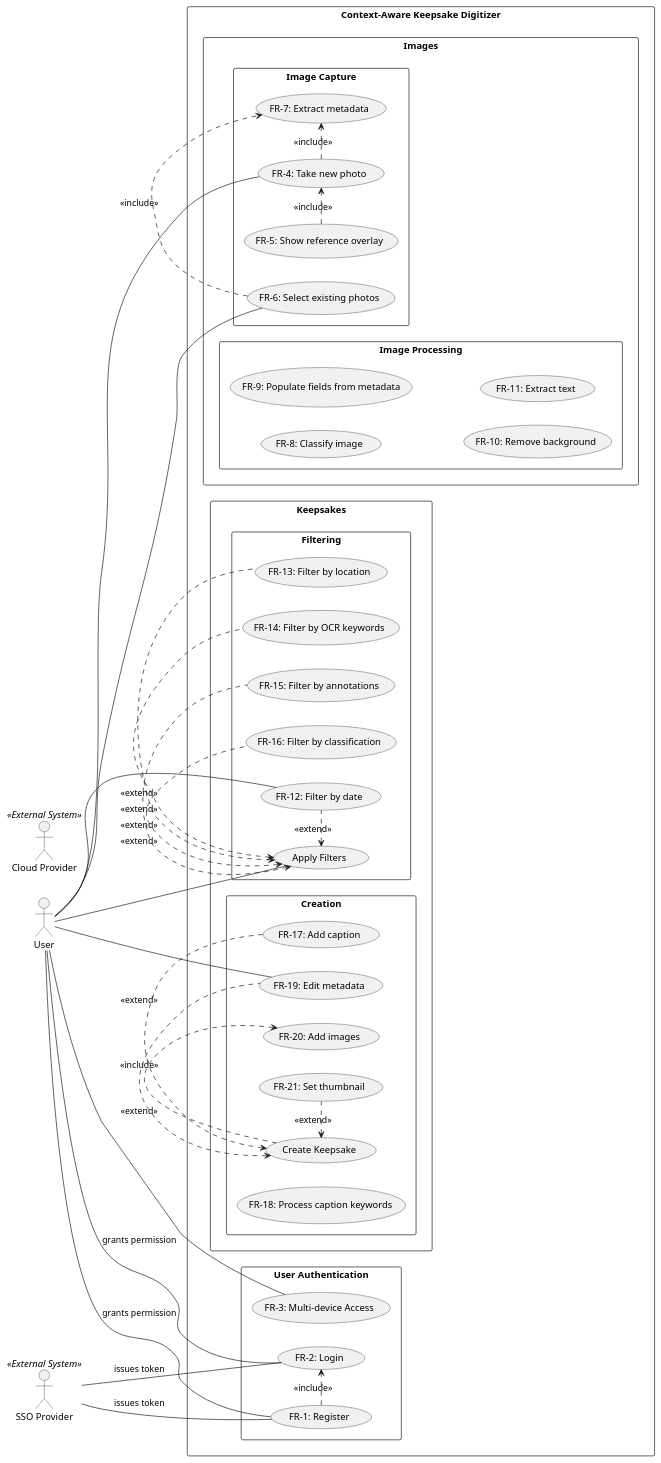
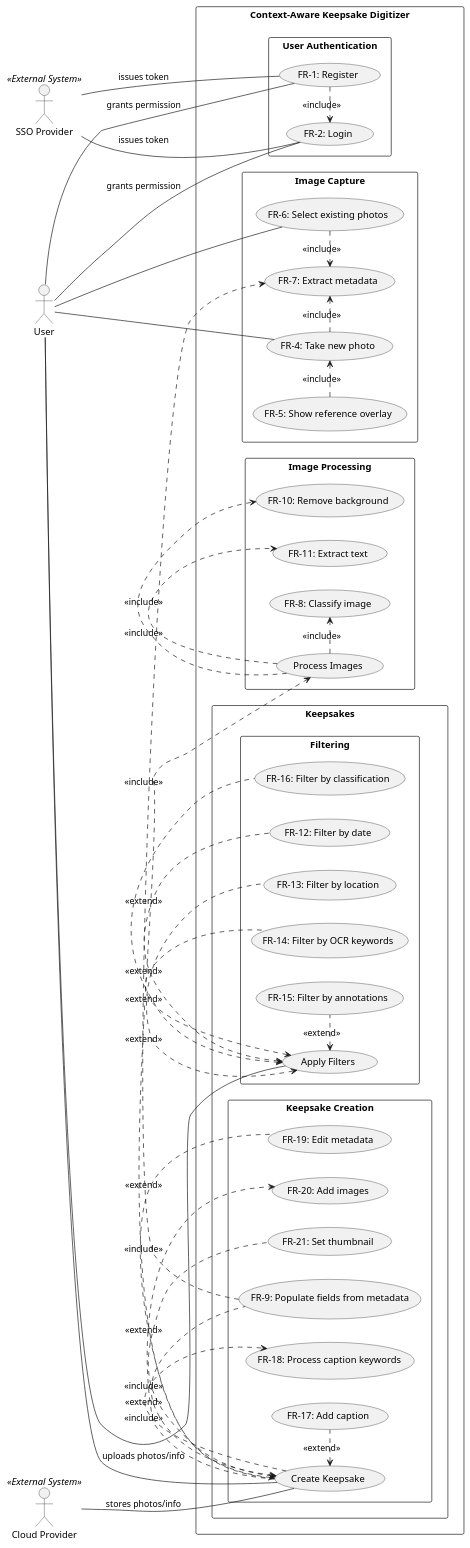
One commit to owencooke/memento changed the diagram in docs/use-case.wsd. Above: the diagram before and after it, drawn with PlantUML.

Commit message:
image processing use cases

```diff
--- a/docs/use-case.wsd
+++ b/docs/use-case.wsd
@@ -4,161 +4,167 @@
 @startuml Use Case
 left to right direction
 skinparam packageStyle rectangle
 
 ' Actors
 actor User
 actor "Cloud Provider" as Cloud << External System >>
 actor "SSO Provider" as SSO << External System >>
 
 ' Packages/Use Cases
 rectangle "Context-Aware Keepsake Digitizer" {
 
-  package "User Authentication" {
-    usecase "FR-1: Register" as FR1
-    usecase "FR-2: Login" as FR2
-    usecase "FR-3: Multi-device Access" as FR3
-  }
+    package "User Authentication" {
+        usecase "FR-1: Register" as FR1
+        usecase "FR-2: Login" as FR2
+    }
 
-  package "Images" {
     package "Image Capture" {
-      usecase "FR-4: Take new photo" as FR4
-      usecase "FR-5: Show reference overlay" as FR5
-      usecase "FR-6: Select existing photos" as FR6
-      usecase "FR-7: Extract metadata" as FR7
+        usecase "FR-4: Take new photo" as FR4
+        usecase "FR-5: Show reference overlay" as FR5
+        usecase "FR-6: Select existing photos" as FR6
+        usecase "FR-7: Extract metadata" as FR7
     }
+
     package "Image Processing" {
-      usecase "FR-8: Classify image" as FR8
-      usecase "FR-9: Populate fields from metadata" as FR9
-      usecase "FR-10: Remove background" as FR10
-      usecase "FR-11: Extract text" as FR11
+        usecase "Process Images"
+        usecase "FR-8: Classify image" as FR8
+        usecase "FR-10: Remove background" as FR10
+        usecase "FR-11: Extract text" as FR11
     }
-  }
-
-  package "Keepsakes" {
-    package "Filtering" {
-      usecase "Apply Filters" as Filter  
-      usecase "FR-12: Filter by date" as FR12
-      usecase "FR-13: Filter by location" as FR13
-      usecase "FR-14: Filter by OCR keywords" as FR14
-      usecase "FR-15: Filter by annotations" as FR15
-      usecase "FR-16: Filter by classification" as FR16
-    }
-    package "Creation" {
-      usecase "Create Keepsake" 
-      usecase "FR-17: Add caption" as FR17
-      usecase "FR-18: Process caption keywords" as FR18
-      usecase "FR-19: Edit metadata" as FR19
-      usecase "FR-20: Add images" as FR20
-      usecase "FR-21: Set thumbnail" as FR21
-    }
+ 
+    package "Keepsakes" {
+        package "Filtering" {
+            usecase "Apply Filters" as Filter  
+            usecase "FR-12: Filter by date" as FR12
+            usecase "FR-13: Filter by location" as FR13
+            usecase "FR-14: Filter by OCR keywords" as FR14
+            usecase "FR-15: Filter by annotations" as FR15
+            usecase "FR-16: Filter by classification" as FR16
+        }
+        package "Keepsake Creation" {
+            usecase "Create Keepsake" 
+            usecase "FR-9: Populate fields from metadata" as FR9
+            usecase "FR-17: Add caption" as FR17
+            usecase "FR-18: Process caption keywords" as FR18
+            usecase "FR-19: Edit metadata" as FR19
+            usecase "FR-20: Add images" as FR20
+            usecase "FR-21: Set thumbnail" as FR21
+        }
     ' package "Bulk Creation" {
     '   usecase "FR-22: Group images into keepsakes" as FR22
     '   usecase "FR-23: Set captions and metadata" as FR23
     '   usecase "FR-24: Add to collection" as FR24
     ' }
     ' package "Viewing" {
     '   usecase "FR-25: View title" as FR25
     '   usecase "FR-26: View description" as FR26
     '   usecase "FR-27: View metadata" as FR27
     '   usecase "FR-28: View photos in carousel" as FR28
     ' }
     ' package "Editing" {
     '   usecase "FR-29: Modify title" as FR29
     '   usecase "FR-30: Modify description" as FR30
     '   usecase "FR-31: Modify images" as FR31
     '   usecase "FR-32: Change thumbnail" as FR32
     '   usecase "FR-33: Modify metadata" as FR33
     ' }
     ' package "Deletion" {
     '   usecase "FR-34: Delete keepsake" as FR34
     ' }
   }
 
   '   package "Collections" {
   '     package "Manual Creation" {
   '       usecase "FR-35: Create new collection" as FR35
   '       usecase "FR-36: Require title" as FR36
   '       usecase "FR-37: Add caption" as FR37
   '     }
   '     package "Automated Creation" {
   '       usecase "FR-38: Recommend collections" as FR38
   '       usecase "FR-39: Notify recommendations" as FR39
   '       usecase "FR-40: Accept/reject recommendations" as FR40
   '     }
   '     package "Editing" {
   '       usecase "FR-41: Add keepsakes" as FR41
   '       usecase "FR-42: Remove keepsakes" as FR42
   '       usecase "FR-43: Modify title" as FR43
   '       usecase "FR-44: Modify caption" as FR44
   '       usecase "FR-45: Modify metadata" as FR45
   '     }
   '     package "Deletion" {
   '       usecase "FR-46: Delete collection" as FR46
   '     }
   '     package "Metadata Management" {
   '       usecase "FR-47: Auto-derive date" as FR47
   '       usecase "FR-48: Auto-derive location" as FR48
   '       usecase "FR-49: Modify location" as FR49
   '       usecase "FR-50: Modify time/date" as FR50
   '       usecase "FR-51: Modify metadata" as FR51
   '     }
   '   }
 
   '   package "Visualization" {
   '     package "Map Features" {
   '       usecase "FR-52: Show collections on map" as FR52
   '       usecase "FR-53: Click markers to view" as FR53
   '     }
   '     package "Content Generation" {
   '       usecase "FR-54: Generate collages" as FR54
   '     }
   '   }
 
   '   package "Integrations" {
   '     package "Sharing" {
   '       usecase "FR-55: Share keepsakes" as FR55
   '       usecase "FR-56: Share collages" as FR56
   '     }
   '     package "Notifications" {
   '       usecase "FR-57: Special day reminders" as FR57
   '     }
   '   }
 }
 
 ' User interactions
 User -- (FR1) : grants permission
 User -- (FR2) : grants permission 
-User -- (FR3)
 User -- (FR4)
 User -- (FR6)
 User -- (Filter)
-User -- (FR12)
-User -- (FR19)
+User -- (Create Keepsake) : uploads photos/info
 
 ' SSO interactions
 SSO -- (FR1) : issues token
 SSO -- (FR2) : issues token
 (FR1) .> (FR2) : <<include>>
 
 ' Cloud interactions
+Cloud -- (Create Keepsake) : stores photos/info
 
 ' Image Capture
 (FR5) .> (FR4) : <<include>>
 (FR4) .> (FR7) : <<include>>
 (FR6) .> (FR7) : <<include>>
 
-' Filters
+' Image Processing
+(Process Images) .> (FR8) : <<include>>
+(Process Images) .> (FR10) : <<include>>
+(Process Images) .> (FR11) : <<include>>
+
+' Keepsake Filters
 (Filter) <. (FR12) : <<extend>>
 (Filter) <. (FR13) : <<extend>>
 (Filter) <. (FR14) : <<extend>>
 (Filter) <. (FR15) : <<extend>>
 (Filter) <. (FR16) : <<extend>>
 
 ' Create Keepsake
 (Create Keepsake) <. (FR17) : <<extend>>
-' (Create Keepsake) <. (FR18) : <<extend>>
 (Create Keepsake) <. (FR19) : <<extend>>
 (Create Keepsake) .> (FR20) : <<include>>
 (Create Keepsake) <. (FR21) : <<extend>>
+(Create Keepsake) .> (Process Images) : <<include>>
+(FR9) .> (FR7) : <<include>>
+(Create Keepsake) <. (FR9) : <<extend>>
+(Create Keepsake) .> (FR18) : <<include>>
 
 @enduml
```
